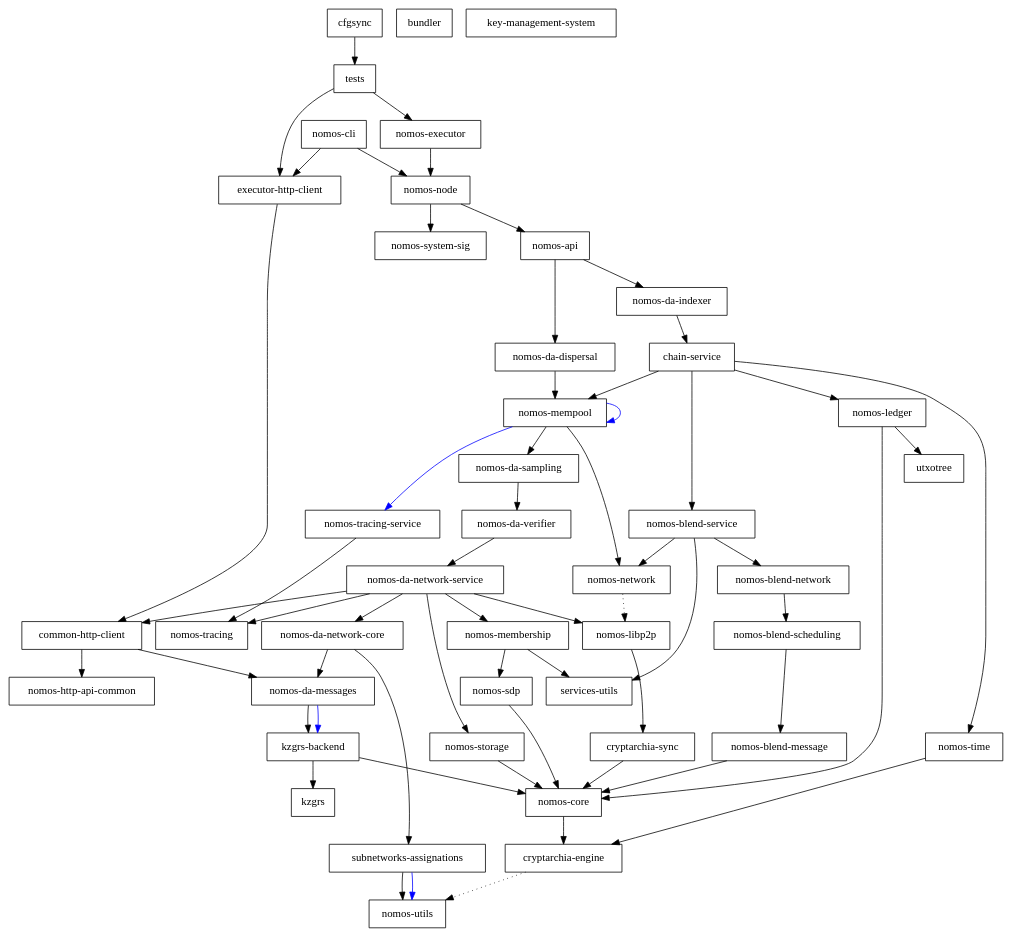
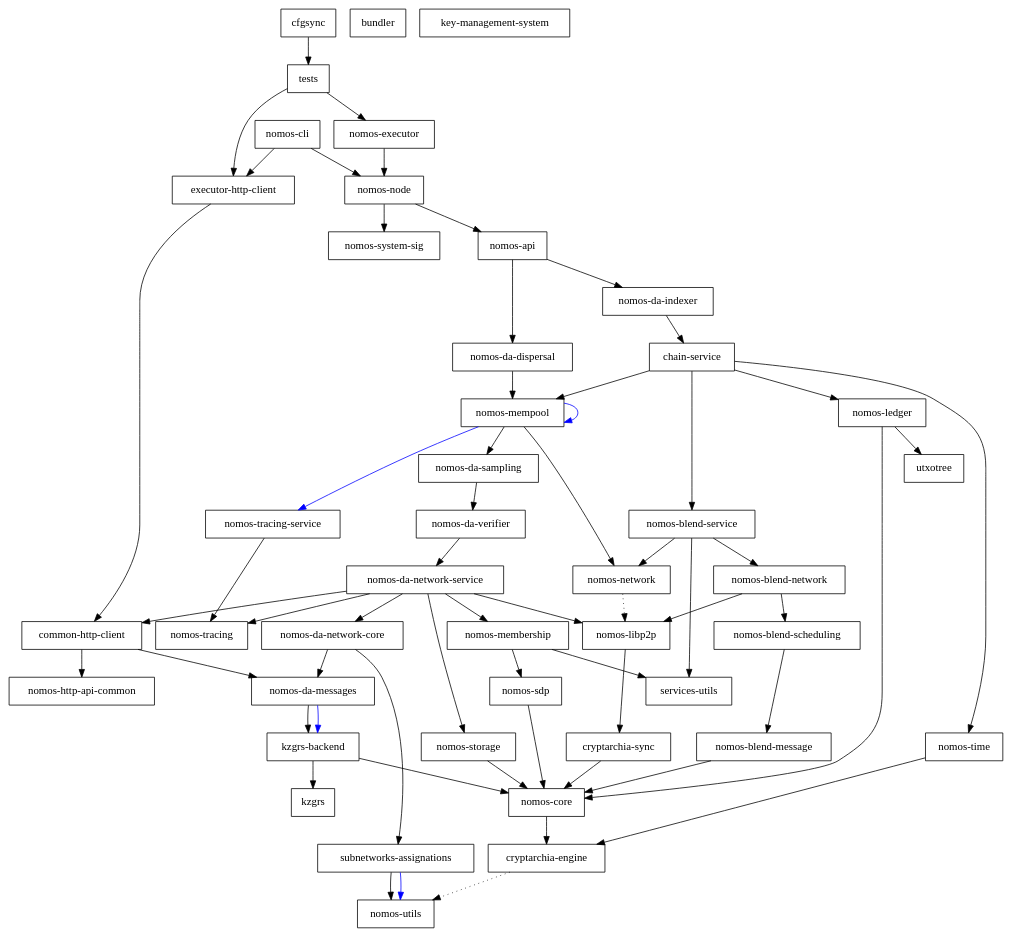
One commit to Astro521/logos-blockchain changed the diagram in dependencies_graph.dot. Above: the diagram before and after it, drawn with Graphviz. The commit also changed 2 other files, not shown here.

```diff
--- a/dependencies_graph.dot
+++ b/dependencies_graph.dot
@@ -1,103 +1,104 @@
 digraph {
     0 [ label = "cryptarchia-engine" shape = box]
     1 [ label = "nomos-utils" shape = box]
     2 [ label = "cryptarchia-sync" shape = box]
     3 [ label = "nomos-core" shape = box]
     4 [ label = "nomos-ledger" shape = box]
     5 [ label = "utxotree" shape = box]
     6 [ label = "nomos-http-api-common" shape = box]
     7 [ label = "nomos-executor" shape = box]
     8 [ label = "kzgrs-backend" shape = box]
     9 [ label = "kzgrs" shape = box]
     10 [ label = "nomos-api" shape = box]
     11 [ label = "chain-service" shape = box]
     12 [ label = "nomos-blend-service" shape = box]
     13 [ label = "nomos-blend-message" shape = box]
     14 [ label = "nomos-blend-network" shape = box]
     15 [ label = "nomos-blend-scheduling" shape = box]
     16 [ label = "nomos-libp2p" shape = box]
     17 [ label = "nomos-network" shape = box]
     18 [ label = "services-utils" shape = box]
     19 [ label = "nomos-da-sampling" shape = box]
     20 [ label = "nomos-da-network-core" shape = box]
     21 [ label = "nomos-da-messages" shape = box]
     22 [ label = "subnetworks-assignations" shape = box]
     23 [ label = "nomos-da-network-service" shape = box]
     24 [ label = "common-http-client" shape = box]
     25 [ label = "nomos-membership" shape = box]
     26 [ label = "nomos-sdp" shape = box]
     27 [ label = "nomos-storage" shape = box]
     28 [ label = "nomos-tracing" shape = box]
     29 [ label = "nomos-da-verifier" shape = box]
     30 [ label = "nomos-mempool" shape = box]
     31 [ label = "nomos-tracing-service" shape = box]
     32 [ label = "nomos-time" shape = box]
     33 [ label = "nomos-da-dispersal" shape = box]
     34 [ label = "nomos-da-indexer" shape = box]
     35 [ label = "nomos-node" shape = box]
     36 [ label = "nomos-system-sig" shape = box]
     37 [ label = "executor-http-client" shape = box]
     38 [ label = "bundler" shape = box]
     39 [ label = "nomos-cli" shape = box]
     40 [ label = "key-management-system" shape = box]
     41 [ label = "cfgsync" shape = box]
     42 [ label = "tests" shape = box]
     0 -> 1 [ style = dotted]
     2 -> 3 [ ]
     3 -> 0 [ ]
     4 -> 3 [ ]
     4 -> 5 [ ]
     7 -> 35 [ ]
     8 -> 9 [ ]
     8 -> 3 [ ]
     10 -> 33 [ ]
     10 -> 34 [ ]
     11 -> 12 [ ]
     11 -> 4 [ ]
     11 -> 30 [ ]
     11 -> 32 [ ]
     12 -> 14 [ ]
     12 -> 17 [ ]
     12 -> 18 [ ]
     13 -> 3 [ ]
     14 -> 15 [ ]
+    14 -> 16 [ ]
     15 -> 13 [ ]
     16 -> 2 [ ]
     17 -> 16 [ style = dotted]
     19 -> 29 [ ]
     20 -> 21 [ ]
     20 -> 22 [ ]
     21 -> 8 [ ]
     21 -> 8 [ color = blue]
     22 -> 1 [ ]
     22 -> 1 [ color = blue]
     23 -> 24 [ ]
     23 -> 20 [ ]
     23 -> 16 [ ]
     23 -> 25 [ ]
     23 -> 27 [ ]
     23 -> 28 [ ]
     24 -> 21 [ ]
     24 -> 6 [ ]
     25 -> 26 [ ]
     25 -> 18 [ ]
     26 -> 3 [ ]
     27 -> 3 [ ]
     29 -> 23 [ ]
     30 -> 19 [ ]
     30 -> 30 [ color = blue]
     30 -> 17 [ ]
     30 -> 31 [ color = blue]
     31 -> 28 [ ]
     32 -> 0 [ ]
     33 -> 30 [ ]
     34 -> 11 [ ]
     35 -> 10 [ ]
     35 -> 36 [ ]
     37 -> 24 [ ]
     39 -> 37 [ ]
     39 -> 35 [ ]
     41 -> 42 [ ]
     42 -> 37 [ ]
     42 -> 7 [ ]
 }
```
